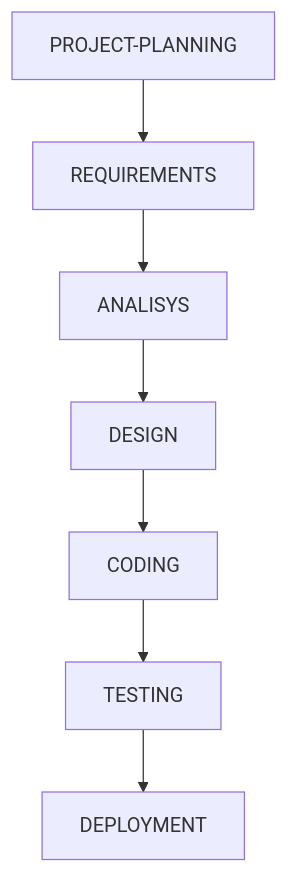
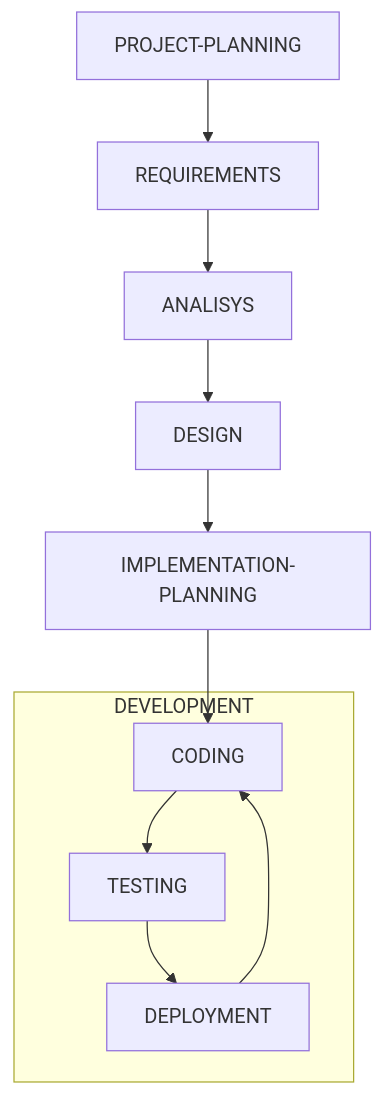
Before and after one commit to bolismar69/workspace-fbso: the first of 3 diagrams in .specs/flowchart-WATERFALL.md, drawn with Mermaid. The commit also changed other lines of this file, not shown here.

Commit message:
feat: fluxo WATERFALL — execução/construção no modelo, esteira mão-na-massa (Diagrama 2) e renumeração 055→095/097

````diff
--- a/.specs/flowchart-WATERFALL.md
+++ b/.specs/flowchart-WATERFALL.md
@@ -5,15 +5,19 @@
 ```mermaid
 graph TD
     direction TB
 
     PROJECT-PLANNING
     REQUIREMENTS
     ANALISYS
     DESIGN
-    CODING
-    TESTING
-    DEPLOYMENT
+    IMPLEMENTATION-PLANNING
+    subgraph DEVELOPMENT
+        CODING
+        TESTING
+        DEPLOYMENT
+        CODING --> TESTING --> DEPLOYMENT --> CODING
+    end
 
-    PROJECT-PLANNING --> REQUIREMENTS --> ANALISYS --> DESIGN --> CODING --> TESTING --> DEPLOYMENT
+    PROJECT-PLANNING --> REQUIREMENTS --> ANALISYS --> DESIGN --> IMPLEMENTATION-PLANNING --> CODING
 
 ```
````
